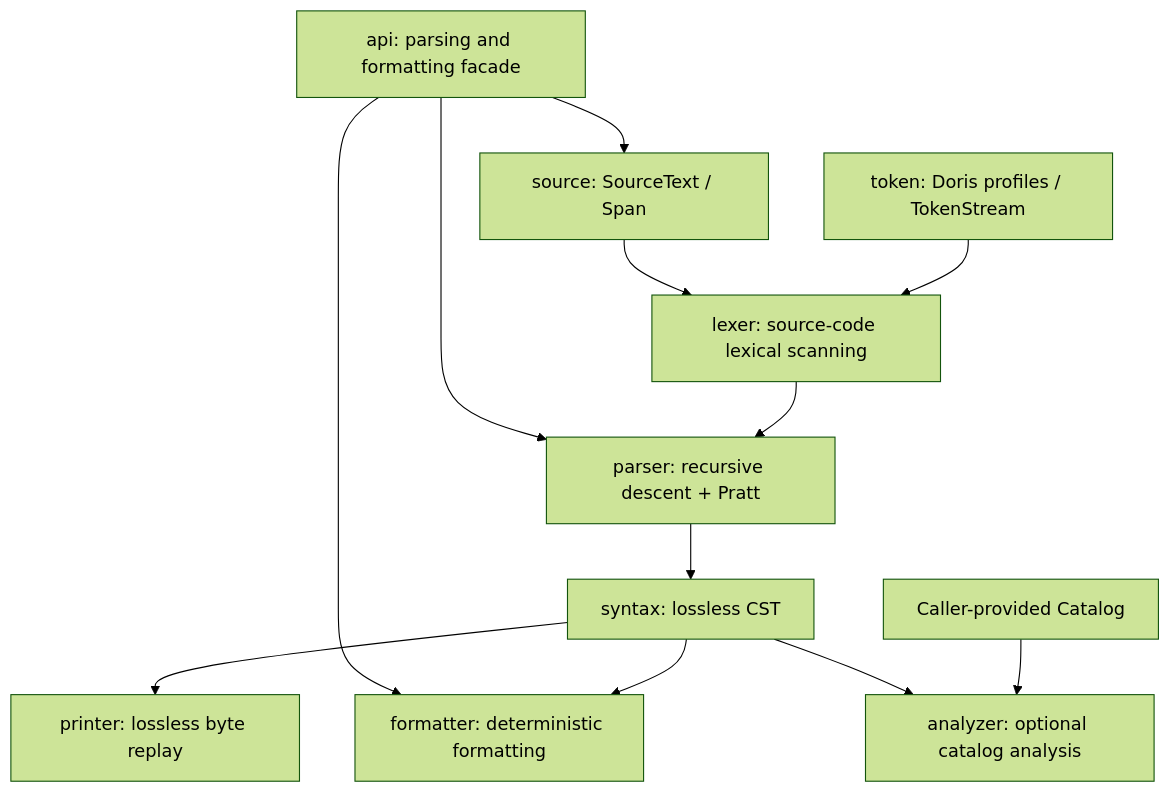
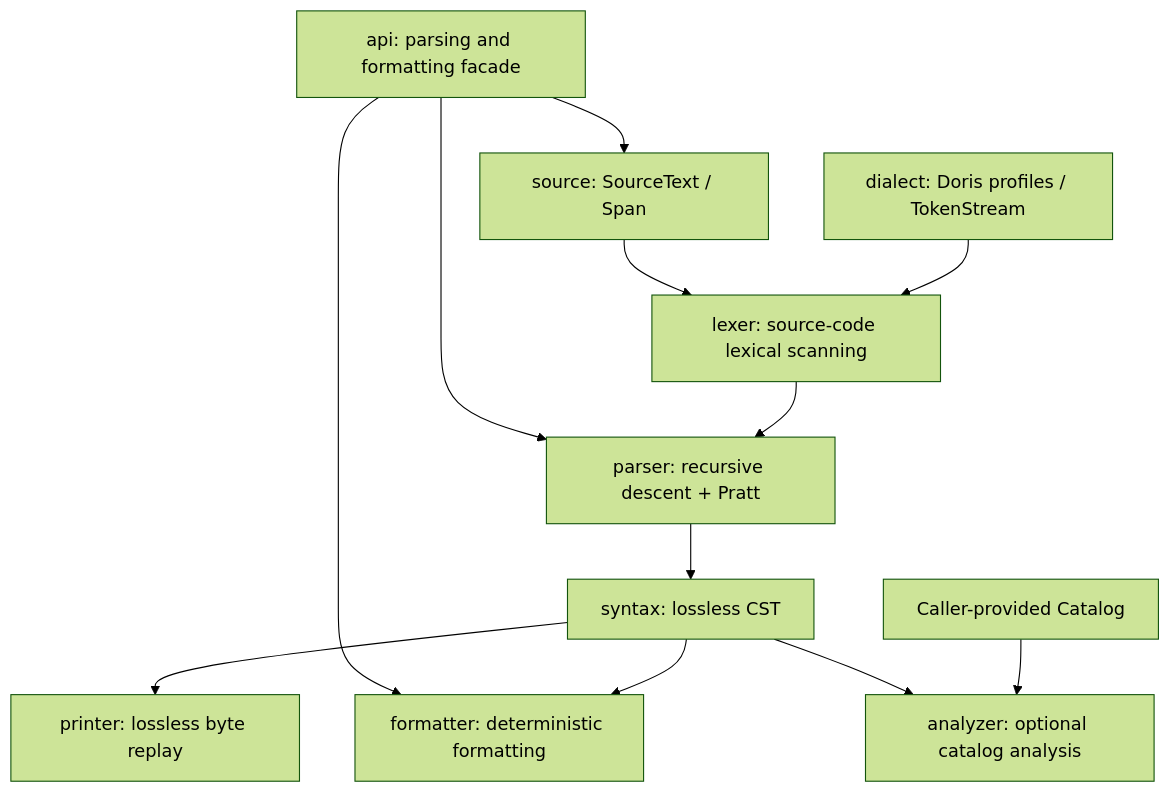
One commit to tchivs/fathom-sql changed the diagram in docs/ARCHITECTURE.md. Above: the diagram before and after it, drawn with Mermaid (forest theme). The commit also changed other lines of this file and 9 other files, not shown here.

First line of the commit message:
docs: fix stale @token.DorisProfile refs, add dialect/ package to docs, update toolchain version to 0.1.20260827

````diff
--- a/docs/ARCHITECTURE.md
+++ b/docs/ARCHITECTURE.md
@@ -13,14 +13,14 @@
 ```mermaid
 graph TD
     API[api: parsing and formatting facade] --> Source[source: SourceText / Span]
     API --> Parser[parser: recursive descent + Pratt]
     API --> Formatter[formatter: deterministic formatting]
     Source --> Lexer[lexer: source-code lexical scanning]
-    Profiles[token: Doris profiles / TokenStream] --> Lexer
+    Profiles[dialect: Doris profiles / TokenStream] --> Lexer
     Lexer --> Parser
     Parser --> Syntax[syntax: lossless CST]
     Syntax --> Printer[printer: lossless byte replay]
     Syntax --> Formatter
     Syntax --> Analyzer[analyzer: optional catalog analysis]
     Catalog[Caller-provided Catalog] --> Analyzer
 ```
````
